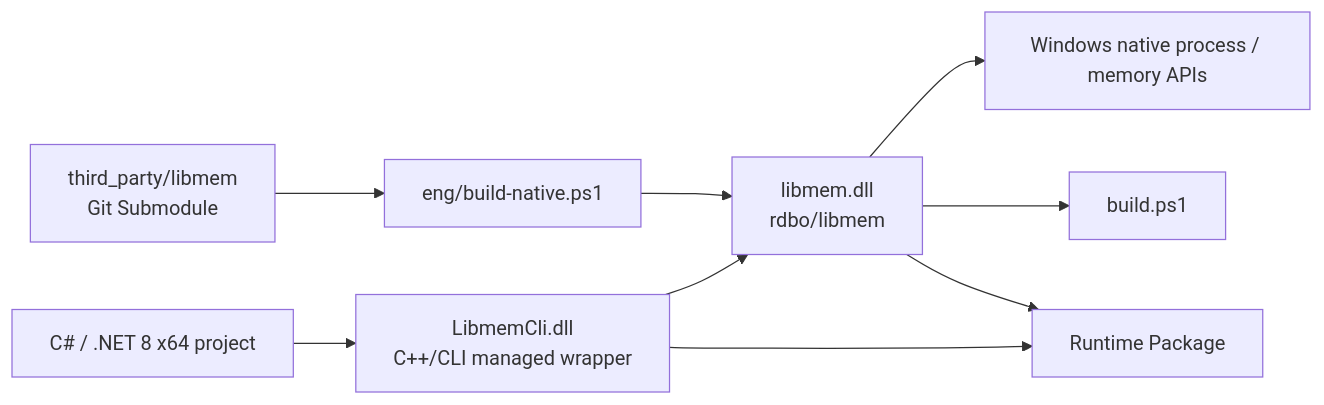
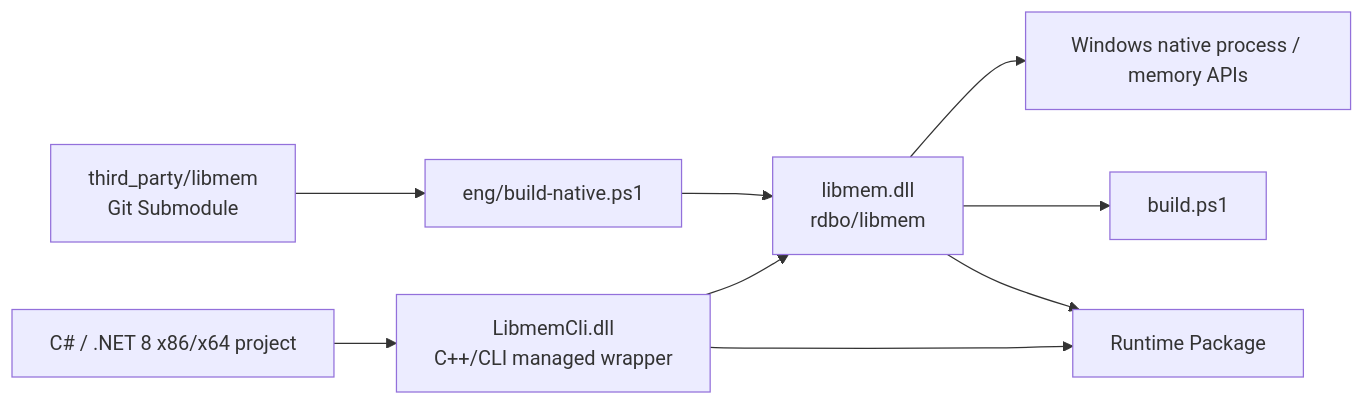
Before and after one commit to CardResearchLab/Libmem.NET: the diagram in README.en.md, drawn with Mermaid. The commit also changed other lines of this file, not shown here.

````diff
--- a/README.en.md
+++ b/README.en.md
@@ -25,12 +25,12 @@
 ```mermaid
 flowchart LR
-    App["C# / .NET 8 x64 project"] --> Cli["LibmemCli.dll<br/>C++/CLI managed wrapper"]
+    App["C# / .NET 8 x86/x64 project"] --> Cli["LibmemCli.dll<br/>C++/CLI managed wrapper"]
     Cli --> Native["libmem.dll<br/>rdbo/libmem"]
     Native --> Win["Windows native process / memory APIs"]
 
     Submodule["third_party/libmem<br/>Git Submodule"] --> NativeBuild["eng/build-native.ps1"]
     NativeBuild --> Native
     Native --> Build["build.ps1"]
     Cli --> Package["Runtime Package"]
     Native --> Package
 ```
````
